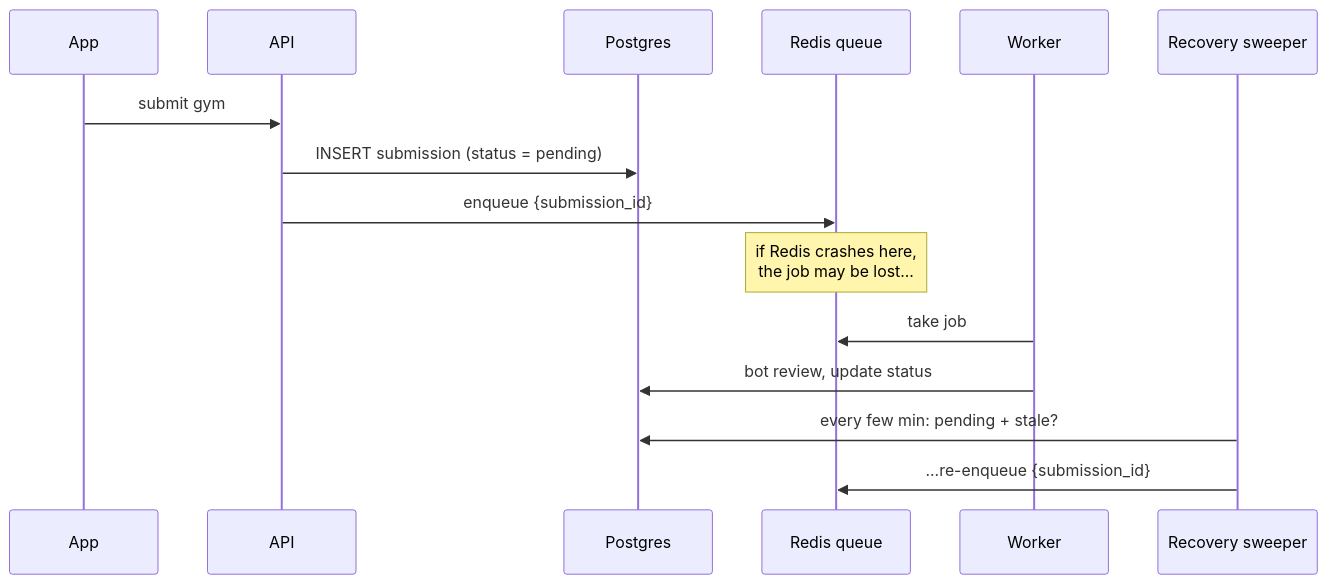
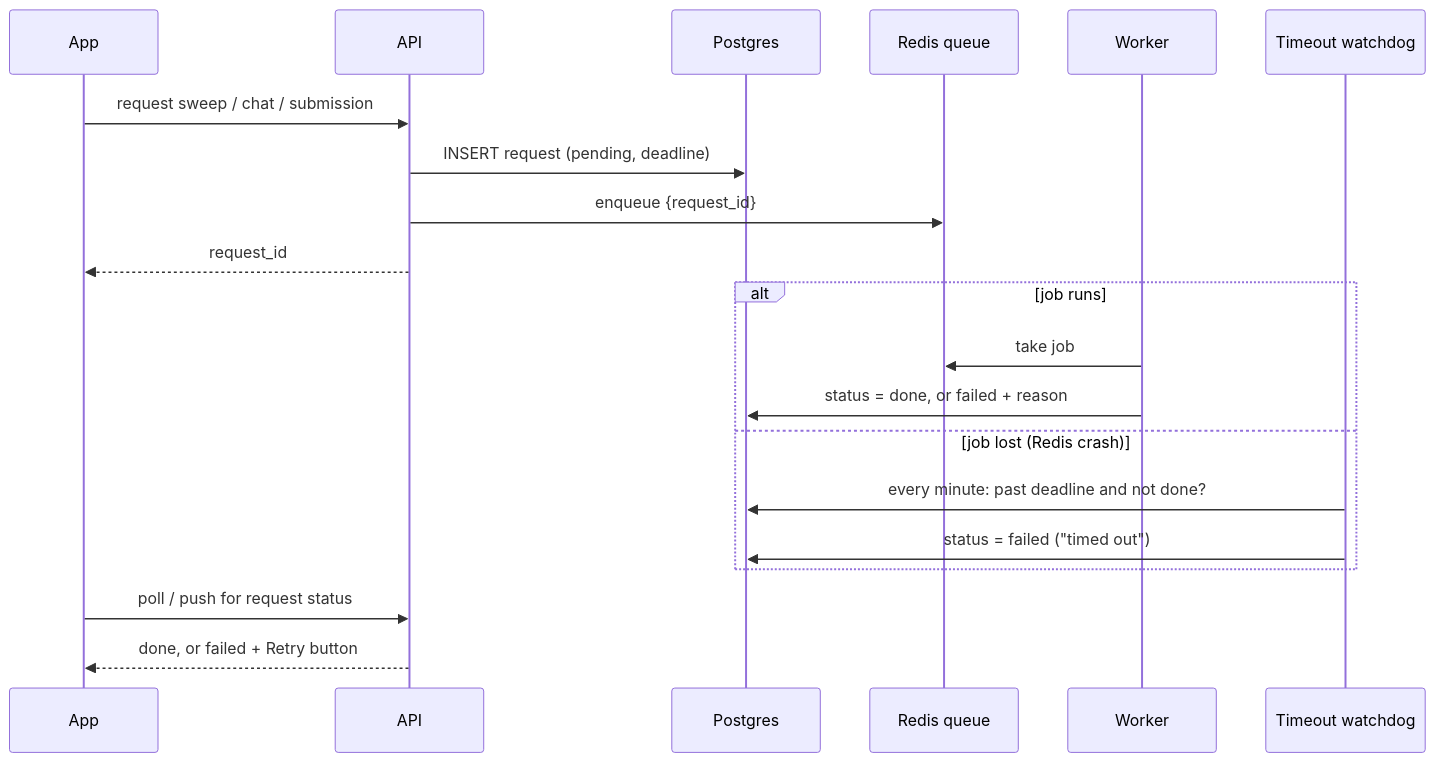
Before and after one commit to AbsentLung/TravelApp: diagram 12 of 21 in DESIGN_DISCUSSION.md, drawn with Mermaid. The commit also changed other lines of this file, not shown here.

Commit message:
Track request status and notify users when bot jobs fail
Claude-Session: https://claude.ai/code/session_011tiSVjnNJfZTK3Cgv5WbM2

````diff
--- a/DESIGN_DISCUSSION.md
+++ b/DESIGN_DISCUSSION.md
@@ -364,17 +365,22 @@
 ```mermaid
 sequenceDiagram
     participant App
     participant API
     participant PG as Postgres
     participant Q as Redis queue
     participant W as Worker
-    participant SW as Recovery sweeper
-    App->>API: submit gym
-    API->>PG: INSERT submission (status = pending)
-    API->>Q: enqueue {submission_id}
-    Note over Q: if Redis crashes here,<br/>the job may be lost...
-    W->>Q: take job
-    W->>PG: bot review, update status
-    SW->>PG: every few min: pending + stale?
-    SW->>Q: ...re-enqueue {submission_id}
+    participant WD as Timeout watchdog
+    App->>API: request sweep / chat / submission
+    API->>PG: INSERT request (pending, deadline)
+    API->>Q: enqueue {request_id}
+    API-->>App: request_id
+    alt job runs
+        W->>Q: take job
+        W->>PG: status = done, or failed + reason
+    else job lost (Redis crash)
+        WD->>PG: every minute: past deadline and not done?
+        WD->>PG: status = failed ("timed out")
+    end
+    App->>API: poll / push for request status
+    API-->>App: done, or failed + Retry button
 ```
````
